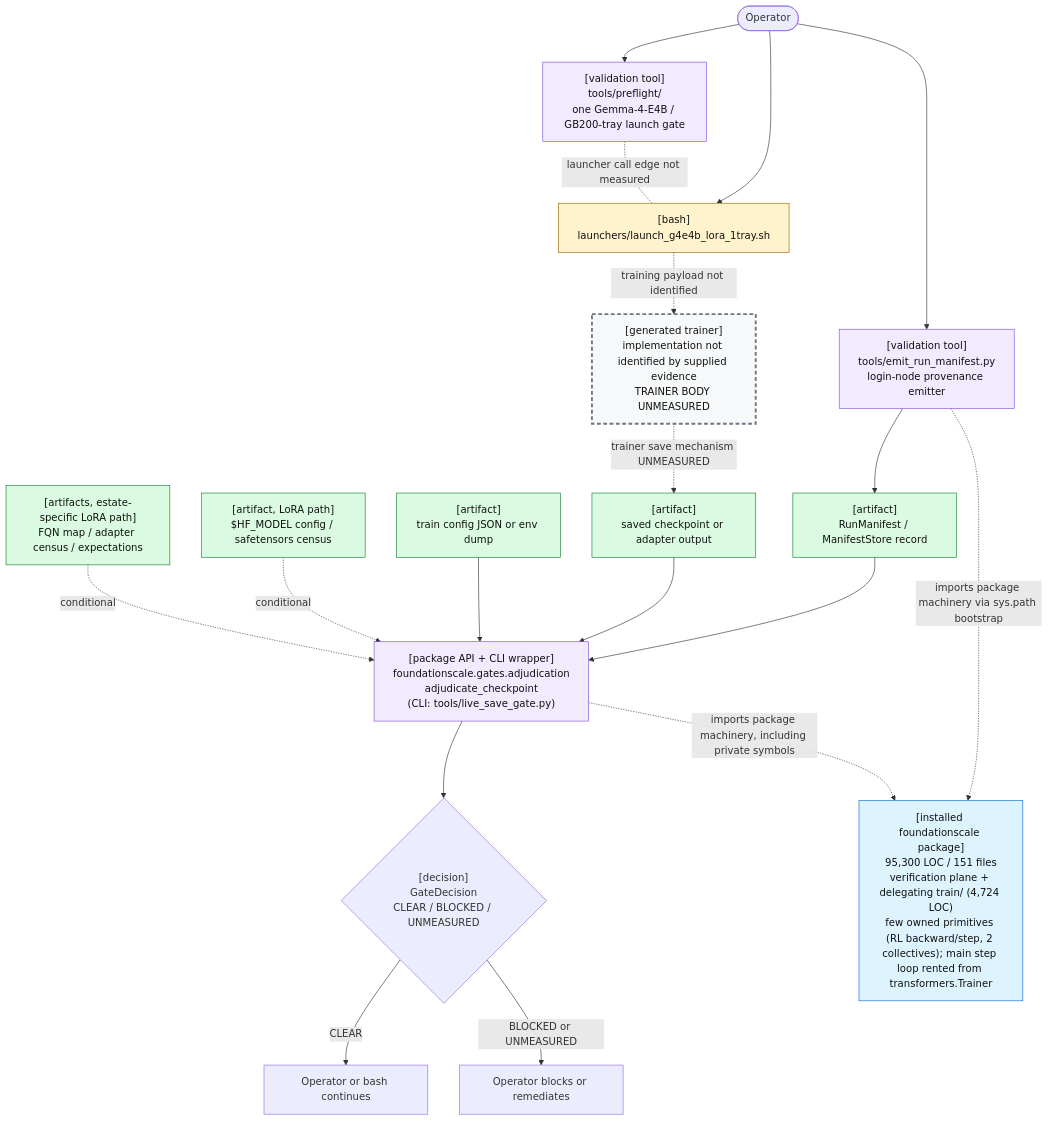
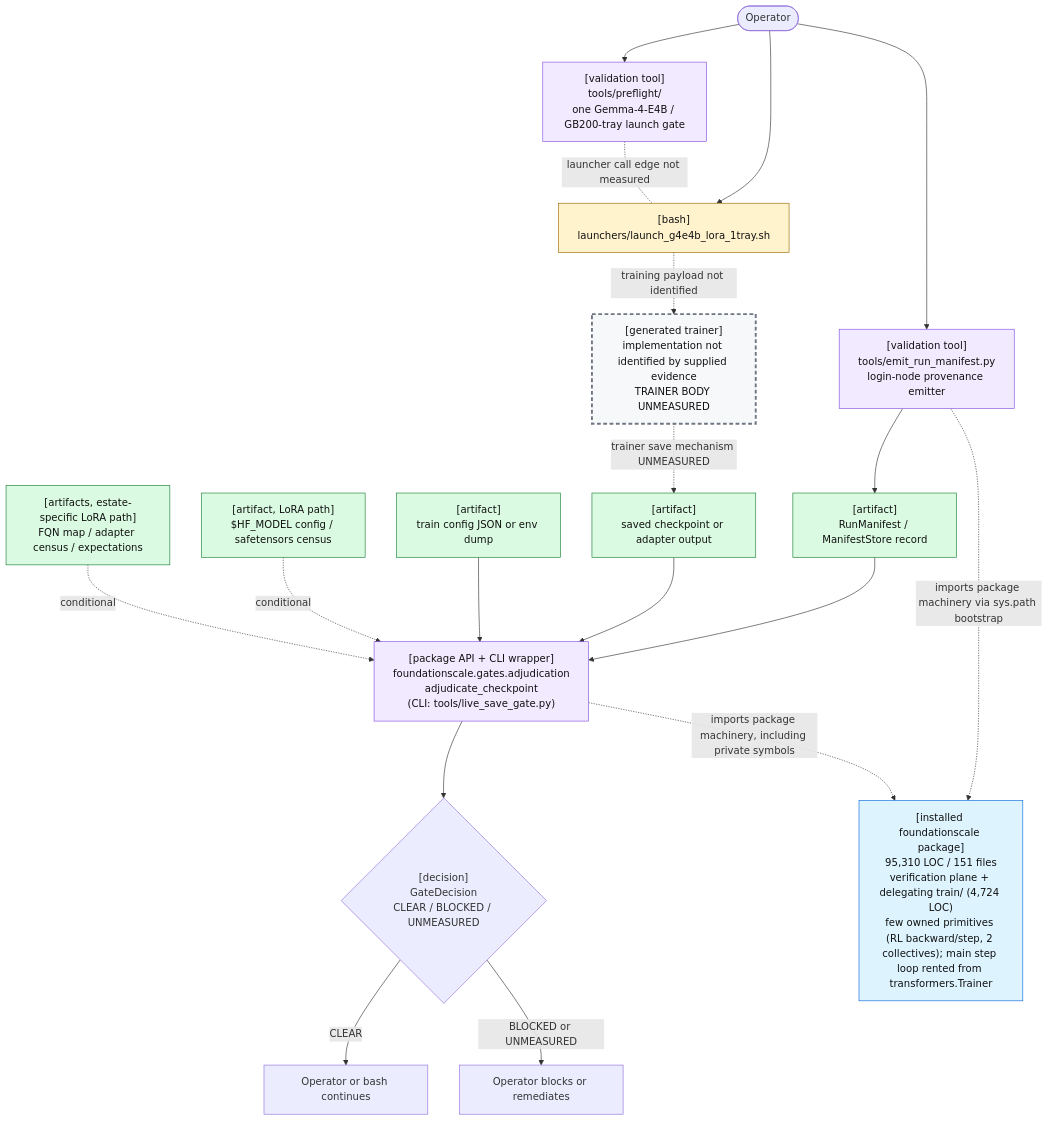
One commit to TranNhiem/FoundationScale changed the first of 2 diagrams in docs/review/D2_current_architecture.md. Above: the diagram before and after it, drawn with Mermaid. The commit also changed other lines of this file and 10 other files, not shown here.

````diff
--- a/docs/review/D2_current_architecture.md
+++ b/docs/review/D2_current_architecture.md
@@ -25,59 +25,59 @@
 ```mermaid
 flowchart TB
   O(["Operator"])
 
   PF["[validation tool]<br/>tools/preflight/<br/>one Gemma-4-E4B / GB200-tray launch gate"]
   L["[bash]<br/>launchers/launch_g4e4b_lora_1tray.sh"]
 
   E["[validation tool]<br/>tools/emit_run_manifest.py<br/>login-node provenance emitter"]
   M["[artifact]<br/>RunManifest / ManifestStore record"]
 
   T["[generated trainer]<br/>implementation not identified by supplied evidence<br/>TRAINER BODY UNMEASURED"]
   C["[artifact]<br/>saved checkpoint or adapter output"]
 
   G["[package API + CLI wrapper]<br/>foundationscale.gates.adjudication<br/>adjudicate_checkpoint<br/>(CLI: tools/live_save_gate.py)"]
   CFG["[artifact]<br/>train config JSON or env dump"]
   BASE["[artifact, LoRA path]<br/>$HF_MODEL config / safetensors census"]
   CEN["[artifacts, estate-specific LoRA path]<br/>FQN map / adapter census / expectations"]
 
   D{"[decision]<br/>GateDecision<br/>CLEAR / BLOCKED / UNMEASURED"}
   OK["Operator or bash continues"]
   NO["Operator blocks or remediates"]
 
-  PKG["[installed foundationscale package]<br/>95,300 LOC / 151 files<br/>verification plane + delegating train/ (4,724 LOC)<br/>few owned primitives (RL backward/step, 2 collectives); main step loop rented from transformers.Trainer"]
+  PKG["[installed foundationscale package]<br/>95,310 LOC / 151 files<br/>verification plane + delegating train/ (4,724 LOC)<br/>few owned primitives (RL backward/step, 2 collectives); main step loop rented from transformers.Trainer"]
 
   O --> PF
   O --> L
   PF -. "launcher call edge not measured" .- L
 
   O --> E
   E --> M
 
   L -. "training payload not identified" .-> T
   T -. "trainer save mechanism UNMEASURED" .-> C
 
   M --> G
   C --> G
   CFG --> G
   BASE -. "conditional" .-> G
   CEN -. "conditional" .-> G
 
   E -. "imports package machinery via sys.path bootstrap" .-> PKG
   G -. "imports package machinery, including private symbols" .-> PKG
 
   G --> D
   D -->|"CLEAR"| OK
   D -->|"BLOCKED or UNMEASURED"| NO
 
   classDef bash fill:#fff3cd,stroke:#9a6700,color:#111;
   classDef tool fill:#f2eaff,stroke:#8250df,color:#111;
   classDef artifact fill:#dafbe1,stroke:#1a7f37,color:#111;
   classDef gap fill:#f6f8fa,stroke:#6e7781,stroke-width:3px,stroke-dasharray: 6 4,color:#111;
   classDef pkg fill:#ddf4ff,stroke:#0969da,color:#111;
 
   class L bash;
   class PF,E,G tool;
   class M,C,CFG,BASE,CEN artifact;
   class T gap;
   class PKG pkg;
 ```
````
